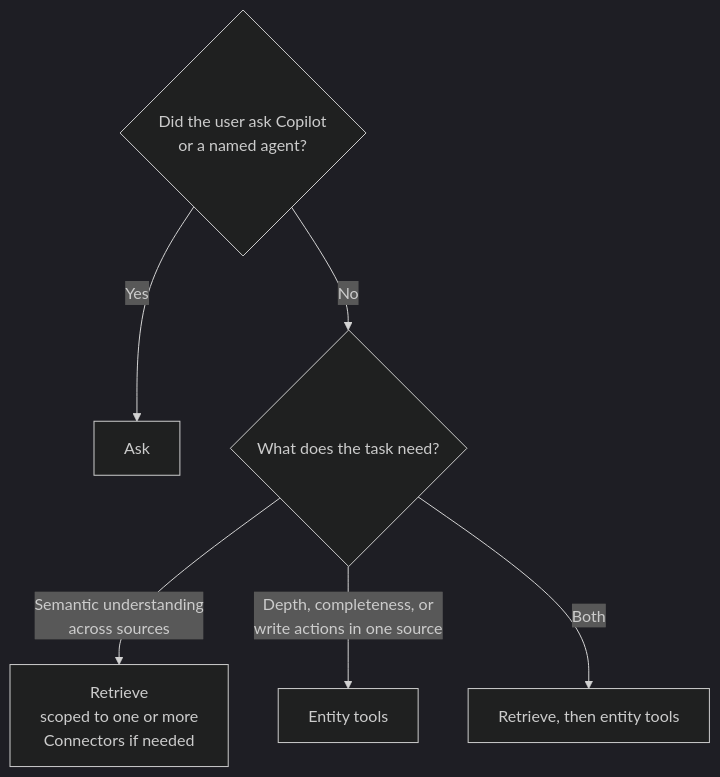
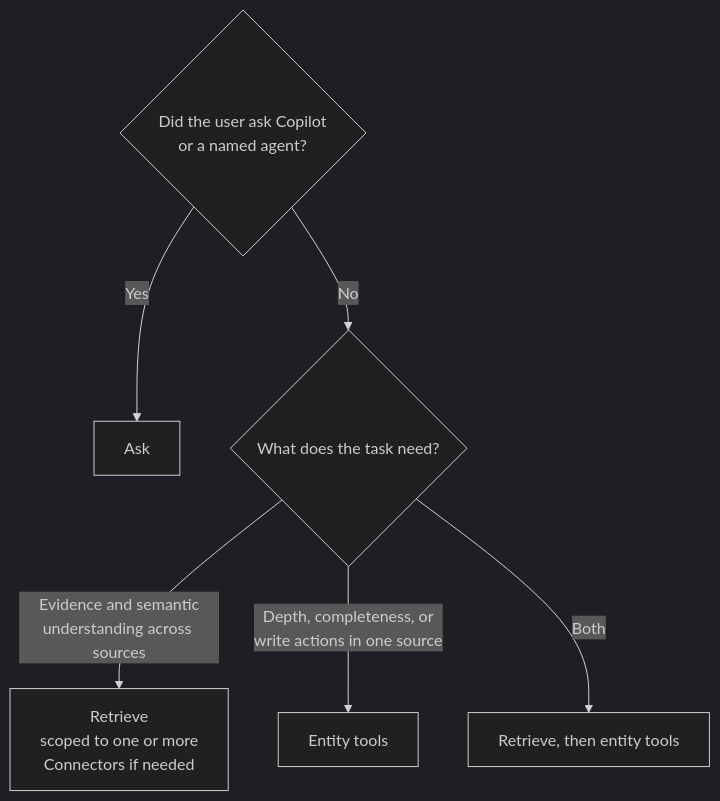
One commit to SuryaMSFT/work-iq changed the diagram in docs/connectors-usage-guidance.md. Above: the diagram before and after it, drawn with Mermaid (dark theme). The commit also changed other lines of this file, not shown here.

Commit message:
docs: add evidence gathering to Retrieve guidance

````diff
--- a/docs/connectors-usage-guidance.md
+++ b/docs/connectors-usage-guidance.md
@@ -79,9 +80,9 @@
 ```mermaid
 flowchart TD
     Q1{"Did the user ask Copilot<br/>or a named agent?"}
     Q1 -->|Yes| ASK["Ask"]
     Q1 -->|No| Q2{"What does the task need?"}
-    Q2 -->|"Semantic understanding<br/>across sources"| RET["Retrieve<br/>scoped to one or more<br/>Connectors if needed"]
+    Q2 -->|"Evidence and semantic<br/>understanding across sources"| RET["Retrieve<br/>scoped to one or more<br/>Connectors if needed"]
     Q2 -->|"Depth, completeness, or<br/>write actions in one source"| ET["Entity tools"]
     Q2 -->|Both| BOTH["Retrieve, then entity tools"]
 ```
````
